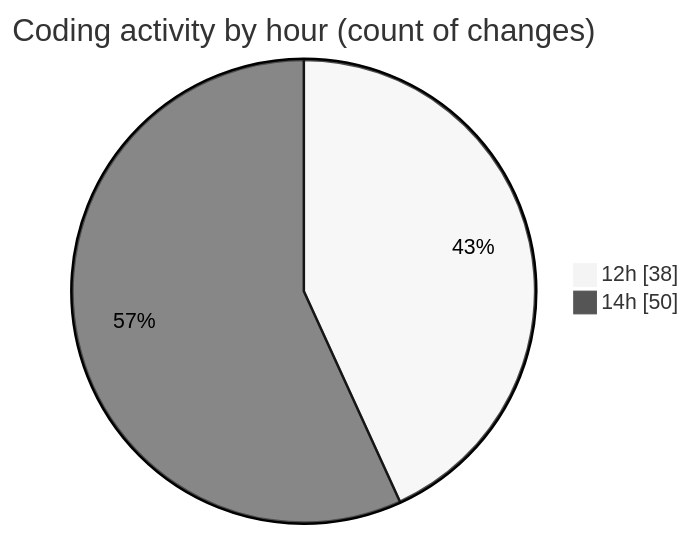
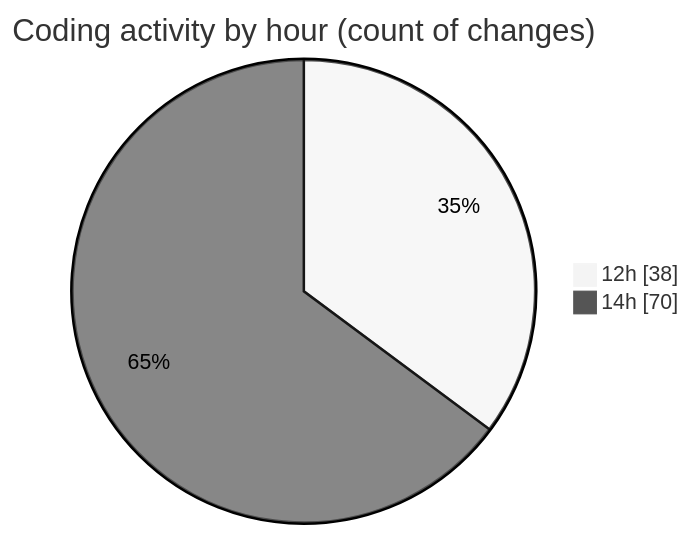
Before and after one commit to nxtqubesakshisongat/code-tracking: the second of 2 diagrams in 2026-07-09/nxtqube_webapp/README.md, drawn with Mermaid (neutral theme). The commit also changed other lines of this file and 1 other file, not shown here.

````diff
--- a/2026-07-09/nxtqube_webapp/README.md
+++ b/2026-07-09/nxtqube_webapp/README.md
@@ -42,6 +42,6 @@
 ```mermaid
 pie showData
 title Coding activity by hour (count of changes)
 "12h" : 38
-"14h" : 50
+"14h" : 70
 ```
````
